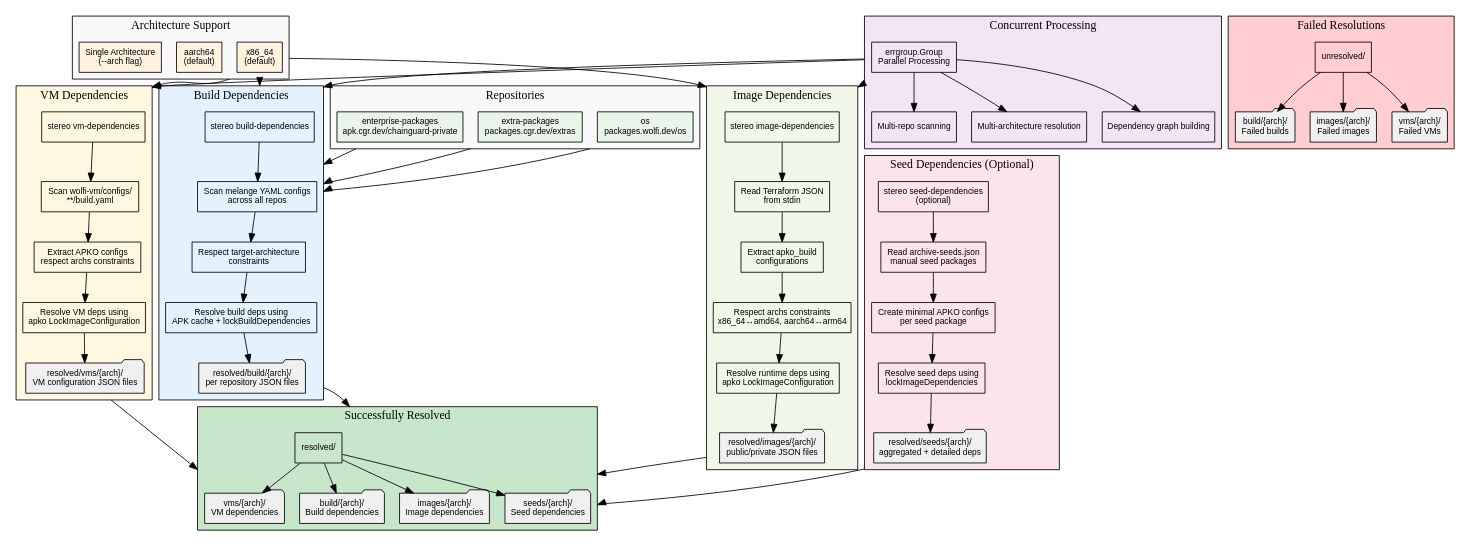
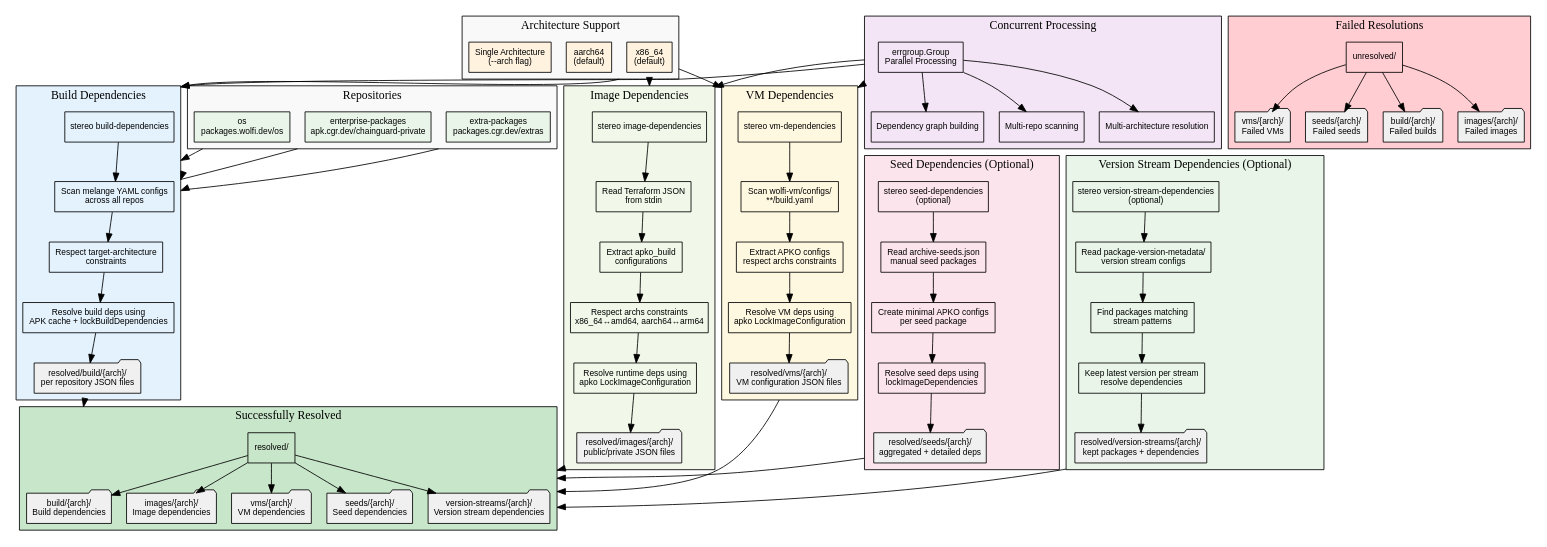
One commit to EyeCantCU/os changed the diagram in docs/diagrams/02-dependencies-resolution.md. Above: the diagram before and after it, drawn with Graphviz. The commit also changed 3 other files, not shown here.

Commit message:
Misc updates to diagrams

````diff
--- a/docs/diagrams/02-dependencies-resolution.md
+++ b/docs/diagrams/02-dependencies-resolution.md
@@ -90,6 +90,21 @@
         SD -> SD1 -> SD2 -> SD3 -> SD4;
     }
 
+    // Version Stream Dependencies cluster
+    subgraph cluster_version_streams {
+        label="Version Stream Dependencies (Optional)";
+        style=filled;
+        fillcolor="#e8f5e8";
+
+        VSD [label="stereo version-stream-dependencies\n(optional)", fillcolor="#e8f5e8"];
+        VSD1 [label="Read package-version-metadata/\nversion stream configs", fillcolor="#e8f5e8"];
+        VSD2 [label="Find packages matching\nstream patterns", fillcolor="#e8f5e8"];
+        VSD3 [label="Keep latest version per stream\nresolve dependencies", fillcolor="#e8f5e8"];
+        VSD4 [label="resolved/version-streams/{arch}/\nkept packages + dependencies", shape=folder, fillcolor="#f0f0f0"];
+
+        VSD -> VSD1 -> VSD2 -> VSD3 -> VSD4;
+    }
+
     // Processing cluster
     subgraph cluster_processing {
         label="Concurrent Processing";
@@ -117,11 +132,13 @@
         OS2 [label="images/{arch}/\nImage dependencies", shape=folder, fillcolor="#f0f0f0"];
         OS3 [label="vms/{arch}/\nVM dependencies", shape=folder, fillcolor="#f0f0f0"];
         OS4 [label="seeds/{arch}/\nSeed dependencies", shape=folder, fillcolor="#f0f0f0"];
+        OS5 [label="version-streams/{arch}/\nVersion stream dependencies", shape=folder, fillcolor="#f0f0f0"];
 
         OS -> OS1;
         OS -> OS2;
         OS -> OS3;
         OS -> OS4;
+        OS -> OS5;
     }
 
     subgraph cluster_unresolved {
@@ -133,10 +150,12 @@
         US1 [label="build/{arch}/\nFailed builds", shape=folder, fillcolor="#f0f0f0"];
         US2 [label="images/{arch}/\nFailed images", shape=folder, fillcolor="#f0f0f0"];
         US3 [label="vms/{arch}/\nFailed VMs", shape=folder, fillcolor="#f0f0f0"];
+        US4 [label="seeds/{arch}/\nFailed seeds", shape=folder, fillcolor="#f0f0f0"];
 
         US -> US1;
         US -> US2;
         US -> US3;
+        US -> US4;
     }
 
     // Cross-cluster connections
@@ -156,5 +175,6 @@
     ID5 -> OS2 [ltail=cluster_image, lhead=cluster_resolved];
     VD4 -> OS3 [ltail=cluster_vm, lhead=cluster_resolved];
     SD4 -> OS4 [ltail=cluster_seed, lhead=cluster_resolved];
+    VSD4 -> OS5 [ltail=cluster_version_streams, lhead=cluster_resolved];
 }
 ```
````
